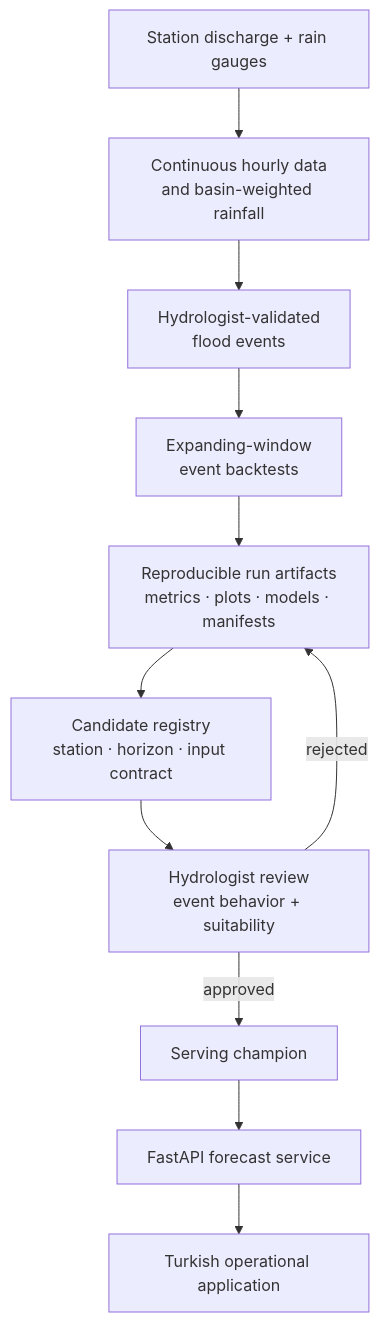
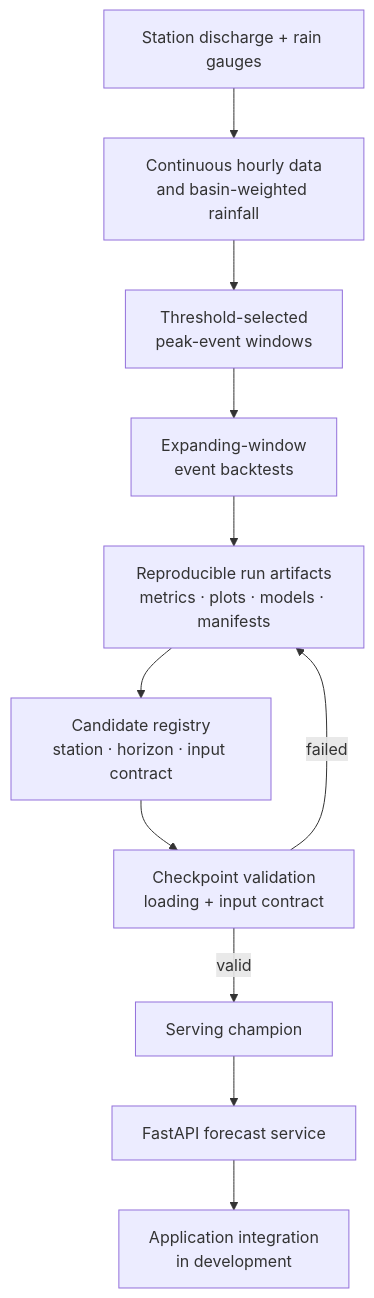
Before and after one commit to hhyurdagul/hhyurdagul.com: the diagram in diagrams/teus.mmd, drawn with Mermaid. The commit also changed 40 other files, not shown here.

```diff
--- a/diagrams/teus.mmd
+++ b/diagrams/teus.mmd
@@ -1,11 +1,11 @@
 flowchart TB
     RAW["Station discharge + rain gauges"] --> PREP["Continuous hourly data<br/>and basin-weighted rainfall"]
-    PREP --> EVENTS["Hydrologist-validated<br/>flood events"]
+    PREP --> EVENTS["Threshold-selected<br/>peak-event windows"]
     EVENTS --> BACKTEST["Expanding-window<br/>event backtests"]
     BACKTEST --> RUNS["Reproducible run artifacts<br/>metrics · plots · models · manifests"]
     RUNS --> CANDIDATE["Candidate registry<br/>station · horizon · input contract"]
-    CANDIDATE --> REVIEW["Hydrologist review<br/>event behavior + suitability"]
-    REVIEW -->|"approved"| CHAMPION["Serving champion"]
-    REVIEW -->|"rejected"| RUNS
+    CANDIDATE --> CHECK["Checkpoint validation<br/>loading + input contract"]
+    CHECK -->|"valid"| CHAMPION["Serving champion"]
+    CHECK -->|"failed"| RUNS
     CHAMPION --> API["FastAPI forecast service"]
-    API --> APP["Turkish operational application"]
+    API --> APP["Application integration<br/>in development"]
```
